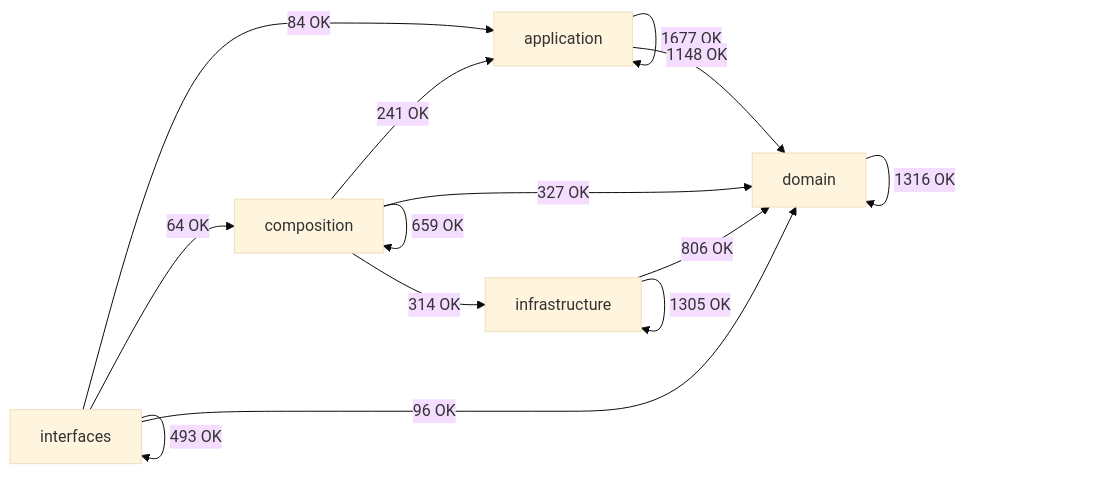
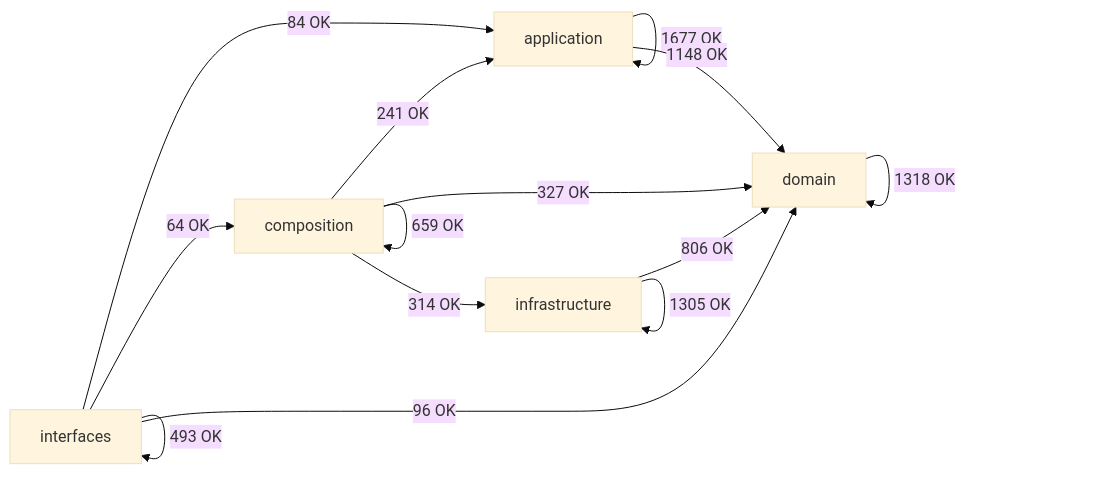
Before and after one commit to SatoryKono/BioactivityDataAcquisition: the diagram in docs/02-architecture/generated/module-dependency-map.md, drawn with Mermaid (base theme). The commit also changed other lines of this file and 16 other files, not shown here.

````diff
--- a/docs/02-architecture/generated/module-dependency-map.md
+++ b/docs/02-architecture/generated/module-dependency-map.md
@@ -17,21 +17,21 @@
 ```mermaid
 flowchart LR
     domain[domain]
     application[application]
     infrastructure[infrastructure]
     composition[composition]
     interfaces[interfaces]
     application -->|1677 OK| application
     application -->|1148 OK| domain
     composition -->|241 OK| application
     composition -->|659 OK| composition
     composition -->|327 OK| domain
     composition -->|314 OK| infrastructure
-    domain -->|1316 OK| domain
+    domain -->|1318 OK| domain
     infrastructure -->|806 OK| domain
     infrastructure -->|1305 OK| infrastructure
     interfaces -->|84 OK| application
     interfaces -->|64 OK| composition
     interfaces -->|96 OK| domain
     interfaces -->|493 OK| interfaces
 ```
````
